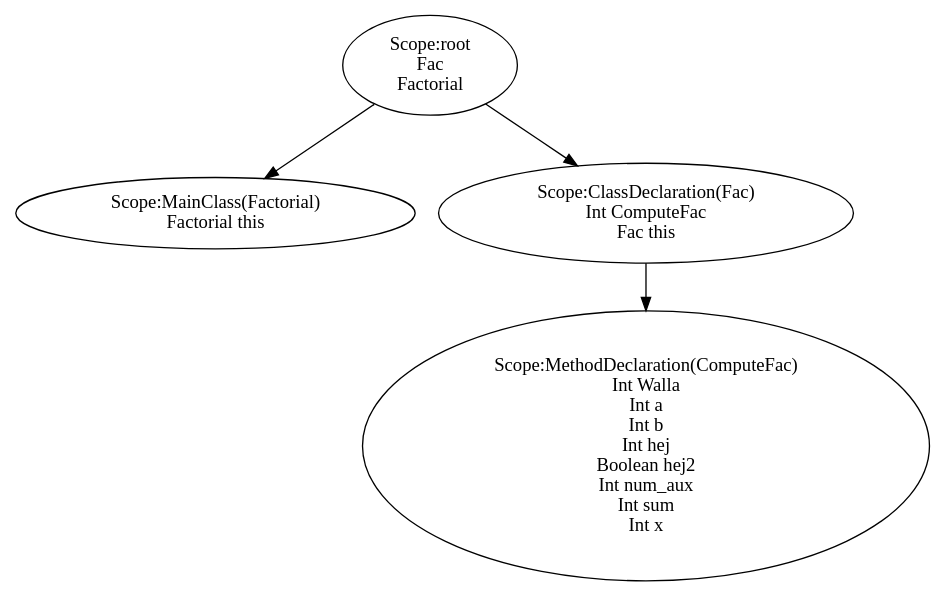
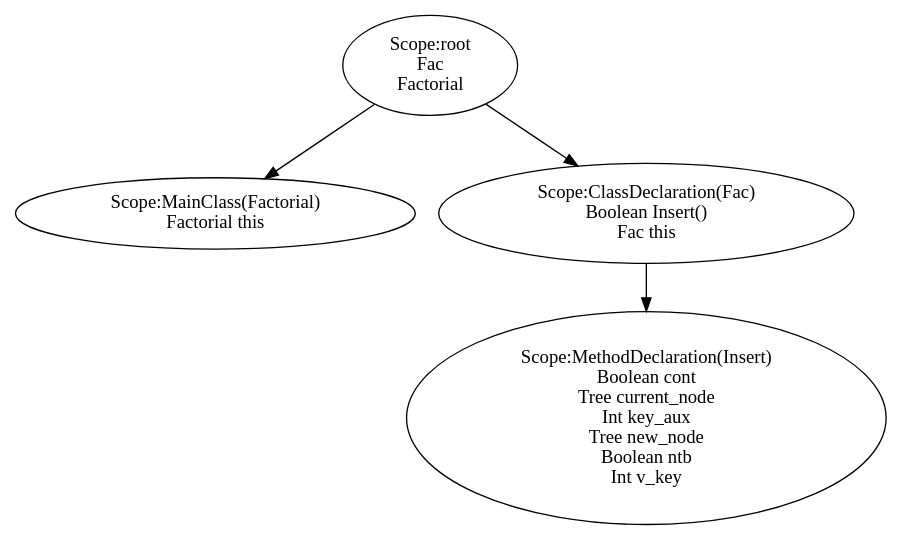
Before and after one commit to JakobAdamsson/Compiler-and-translation-technique: the diagram in assignment2/assignment/st.dot, drawn with Graphviz. The commit also changed 73 other files, not shown here.

```diff
--- a/assignment2/assignment/st.dot
+++ b/assignment2/assignment/st.dot
@@ -1,26 +1,24 @@
 digraph {
 n0 [label="Scope:root
  Fac
  Factorial
 "];
 n1 [label="Scope:MainClass(Factorial)
 Factorial this
 "];
 n0 -> n1
 n2 [label="Scope:ClassDeclaration(Fac)
-Int ComputeFac
+Boolean Insert()
 Fac this
 "];
-n3 [label="Scope:MethodDeclaration(ComputeFac)
-Int Walla
-Int a
-Int b
-Int hej
-Boolean hej2
-Int num_aux
-Int sum
-Int x
+n3 [label="Scope:MethodDeclaration(Insert)
+Boolean cont
+Tree current_node
+Int key_aux
+Tree new_node
+Boolean ntb
+Int v_key
 "];
 n2 -> n3
 n0 -> n2
 }
```
